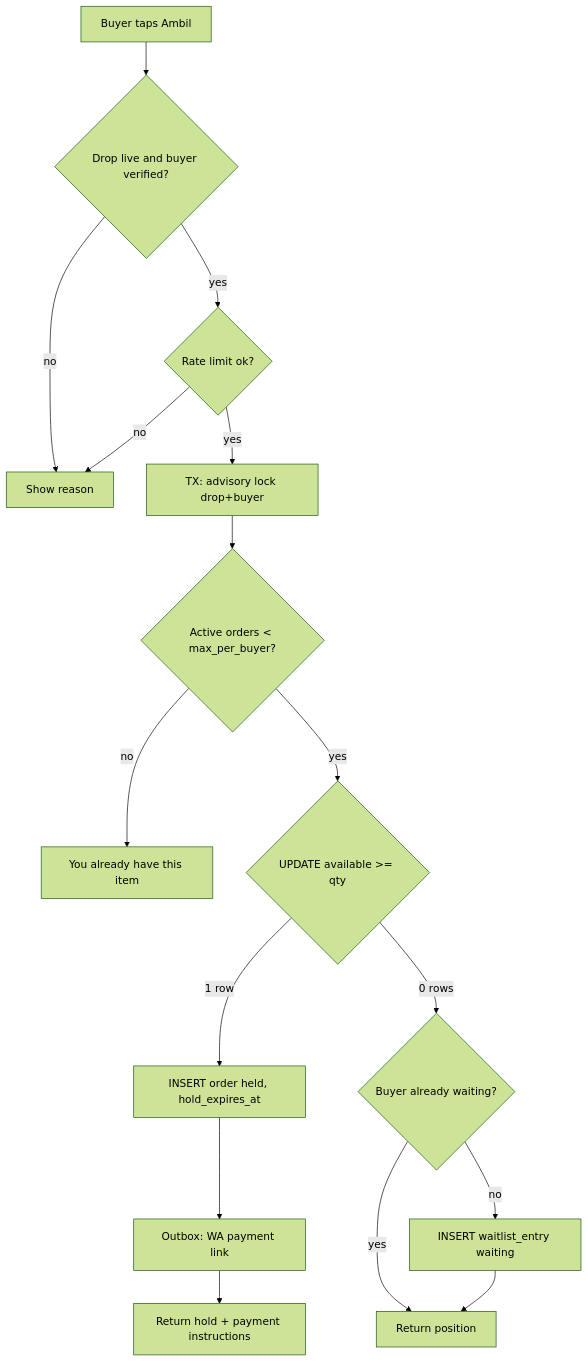
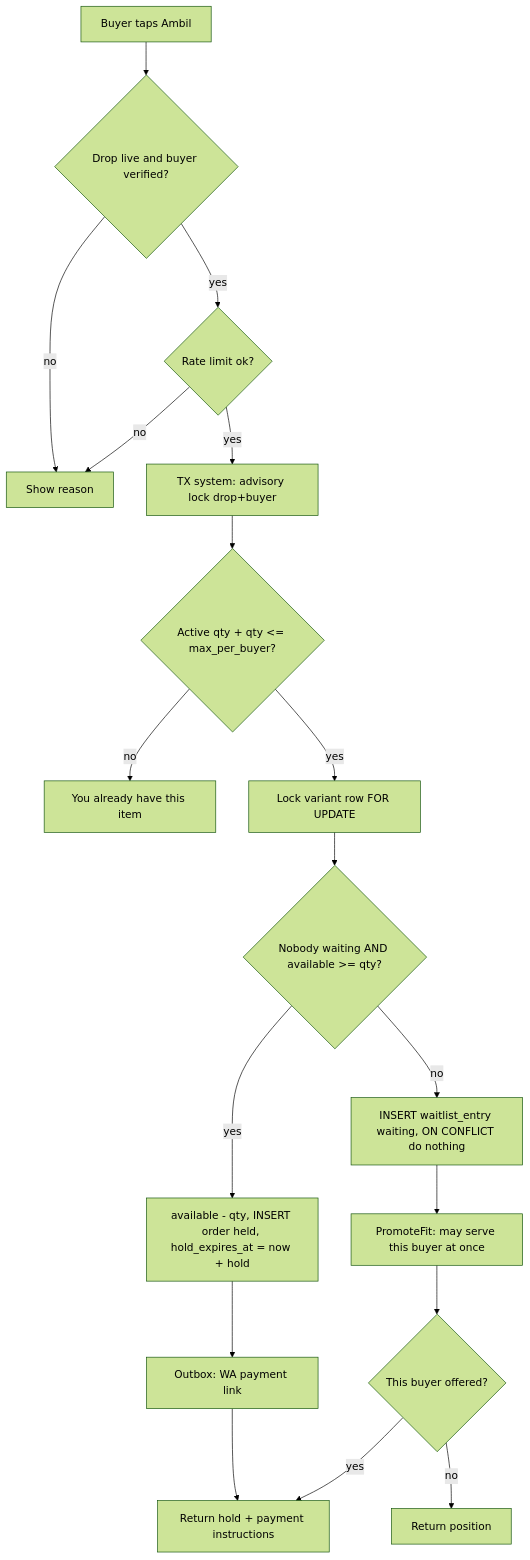
The fourth of 8 diagrams in docs/app-flow.md (Nuryanfa/DropKilat), drawn with Mermaid (forest theme) before and after one commit. The commit also changed other lines of this file and 24 other files, not shown here.

````diff
--- a/docs/app-flow.md
+++ b/docs/app-flow.md
@@ -66,18 +71,20 @@
 ```mermaid
 flowchart TD
   A[Buyer taps Ambil] --> B{Drop live and buyer verified?}
   B -- no --> X[Show reason]
   B -- yes --> C{Rate limit ok?}
   C -- no --> X
-  C -- yes --> D[TX: advisory lock drop+buyer]
-  D --> E{Active orders < max_per_buyer?}
+  C -- yes --> D[TX system: advisory lock drop+buyer]
+  D --> E{Active qty + qty <= max_per_buyer?}
   E -- no --> X2[You already have this item]
-  E -- yes --> F{UPDATE available >= qty}
-  F -- 1 row --> G[INSERT order held, hold_expires_at]
+  E -- yes --> V[Lock variant row FOR UPDATE]
+  V --> F{Nobody waiting AND available >= qty?}
+  F -- yes --> G[available - qty, INSERT order held, hold_expires_at = now + hold]
   G --> H[Outbox: WA payment link]
   H --> I[Return hold + payment instructions]
-  F -- 0 rows --> J{Buyer already waiting?}
-  J -- yes --> K[Return position]
-  J -- no --> L[INSERT waitlist_entry waiting]
-  L --> K
+  F -- no --> L[INSERT waitlist_entry waiting, ON CONFLICT do nothing]
+  L --> P[PromoteFit: may serve this buyer at once]
+  P --> Q{This buyer offered?}
+  Q -- yes --> I
+  Q -- no --> K[Return position]
 ```
````
